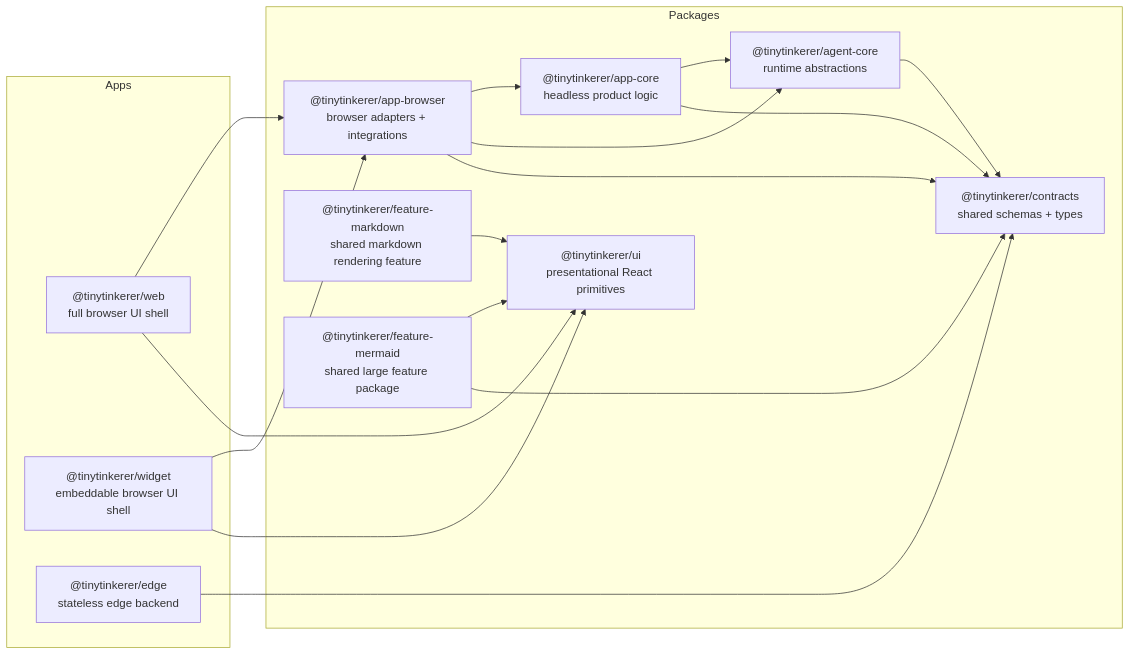
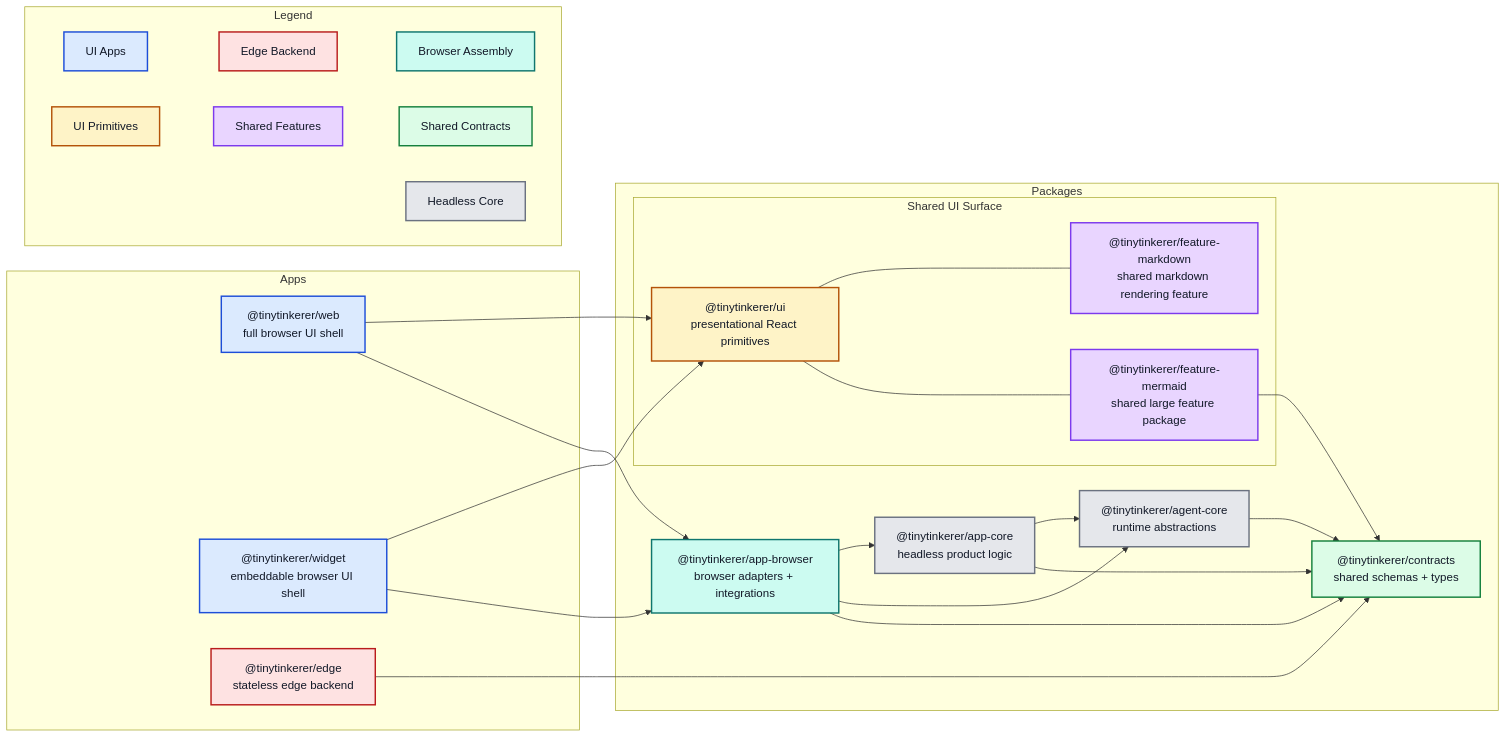
Before and after one commit to NNTin/tinytinkerer: the diagram in docs/ARCHITECTURE.md, drawn with Mermaid.

Commit message:
style: improve Architecture mermaid diagram

````diff
--- a/docs/ARCHITECTURE.md
+++ b/docs/ARCHITECTURE.md
@@ -16,40 +16,75 @@
 ```mermaid
 flowchart LR
   subgraph Apps
     web["@tinytinkerer/web<br/>full browser UI shell"]
     widget["@tinytinkerer/widget<br/>embeddable browser UI shell"]
     edge["@tinytinkerer/edge<br/>stateless edge backend"]
   end
 
   subgraph Packages
     contracts["@tinytinkerer/contracts<br/>shared schemas + types"]
     agent["@tinytinkerer/agent-core<br/>runtime abstractions"]
     appcore["@tinytinkerer/app-core<br/>headless product logic"]
     appbrowser["@tinytinkerer/app-browser<br/>browser adapters + integrations"]
-    ui["@tinytinkerer/ui<br/>presentational React primitives"]
-    markdown["@tinytinkerer/feature-markdown<br/>shared markdown rendering feature"]
-    mermaid["@tinytinkerer/feature-mermaid<br/>shared large feature package"]
+
+    subgraph SharedUiSurface["Shared UI Surface"]
+      ui["@tinytinkerer/ui<br/>presentational React primitives"]
+      markdown["@tinytinkerer/feature-markdown<br/>shared markdown rendering feature"]
+      mermaid["@tinytinkerer/feature-mermaid<br/>shared large feature package"]
+    end
   end
 
+  web --> ui
   web --> appbrowser
-  web --> ui
 
+  widget --> ui
   widget --> appbrowser
-  widget --> ui
 
   edge --> contracts
 
   appcore --> agent
   appcore --> contracts
 
   appbrowser --> appcore
   appbrowser --> agent
   appbrowser --> contracts
 
-  markdown --> ui
+  ui <--- markdown
+  ui <--- mermaid
 
-  mermaid --> ui
   mermaid --> contracts
 
   agent --> contracts
+
+  subgraph Legend
+    direction LR
+    legendUiApp["UI Apps"]
+    legendEdge["Edge Backend"]
+    legendBrowser["Browser Assembly"]
+    legendUi["UI Primitives"]
+    legendFeature["Shared Features"]
+    legendContracts["Shared Contracts"]
+    legendCore["Headless Core"]
+
+    %% ensure legend is rendered properly
+    legendUiApp ~~~ legendEdge ~~~ legendBrowser 
+    legendUi ~~~ legendFeature ~~~ legendContracts 
+    legendCore
+  end
+
+  classDef uiApp fill:#dbeafe,stroke:#1d4ed8,color:#111827,stroke-width:2px;
+  classDef edgeApp fill:#fee2e2,stroke:#b91c1c,color:#111827,stroke-width:2px;
+  classDef browserAssembly fill:#ccfbf1,stroke:#0f766e,color:#111827,stroke-width:2px;
+  classDef uiPrimitives fill:#fef3c7,stroke:#b45309,color:#111827,stroke-width:2px;
+  classDef sharedFeature fill:#e9d5ff,stroke:#7c3aed,color:#111827,stroke-width:2px;
+  classDef contractsLayer fill:#dcfce7,stroke:#15803d,color:#111827,stroke-width:2px;
+  classDef coreLayer fill:#e5e7eb,stroke:#6b7280,color:#111827,stroke-width:2px;
+
+  class web,widget,legendUiApp uiApp;
+  class edge,legendEdge edgeApp;
+  class appbrowser,legendBrowser browserAssembly;
+  class ui,legendUi uiPrimitives;
+  class markdown,mermaid,legendFeature sharedFeature;
+  class contracts,legendContracts contractsLayer;
+  class agent,appcore,legendCore coreLayer;
 ```
````
